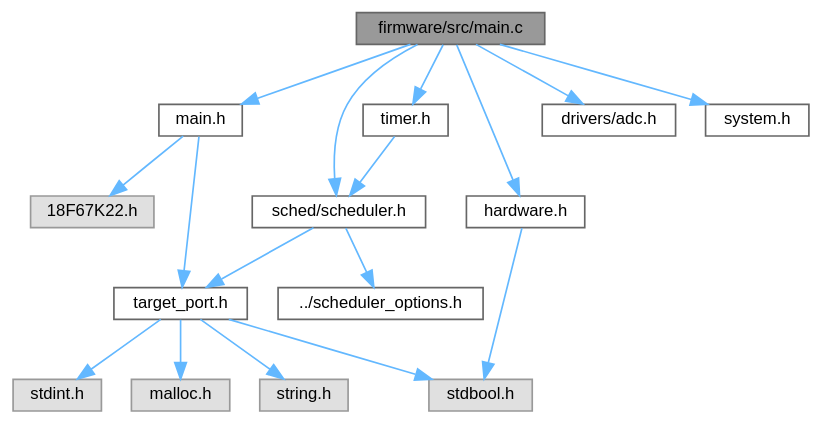
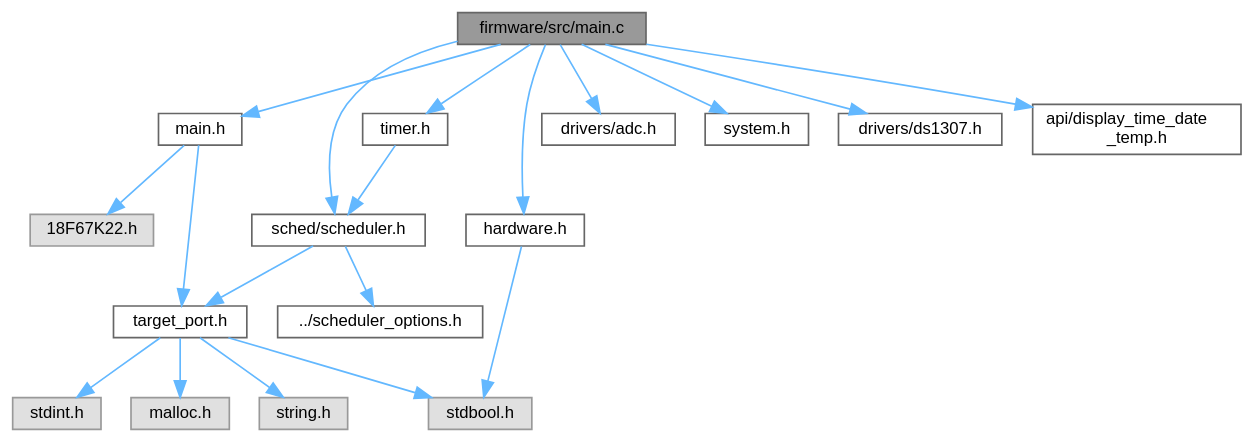
One commit to Ghaadyy/elevator-controller changed the diagram in main_8c__incl.dot. Above: the diagram before and after it, drawn with Graphviz. The commit also changed 437 other files, not shown here.

```diff
--- a/main_8c__incl.dot
+++ b/main_8c__incl.dot
@@ -1,37 +1,41 @@
 digraph "firmware/src/main.c"
 {
  // LATEX_PDF_SIZE
   bgcolor="transparent";
   edge [fontname=Helvetica,fontsize=10,labelfontname=Helvetica,labelfontsize=10];
   node [fontname=Helvetica,fontsize=10,shape=box,height=0.2,width=0.4];
   Node1 [id="Node000001",label="firmware/src/main.c",height=0.2,width=0.4,color="gray40", fillcolor="grey60", style="filled", fontcolor="black",tooltip=" "];
   Node1 -> Node2 [id="edge1_Node000001_Node000002",color="steelblue1",style="solid",tooltip=" "];
   Node2 [id="Node000002",label="main.h",height=0.2,width=0.4,color="grey40", fillcolor="white", style="filled",URL="$main_8h.html",tooltip=" "];
   Node2 -> Node3 [id="edge2_Node000002_Node000003",color="steelblue1",style="solid",tooltip=" "];
   Node3 [id="Node000003",label="18F67K22.h",height=0.2,width=0.4,color="grey60", fillcolor="#E0E0E0", style="filled",tooltip=" "];
   Node2 -> Node4 [id="edge3_Node000002_Node000004",color="steelblue1",style="solid",tooltip=" "];
   Node4 [id="Node000004",label="target_port.h",height=0.2,width=0.4,color="grey40", fillcolor="white", style="filled",URL="$target__port_8h.html",tooltip=" "];
   Node4 -> Node5 [id="edge4_Node000004_Node000005",color="steelblue1",style="solid",tooltip=" "];
   Node5 [id="Node000005",label="stdbool.h",height=0.2,width=0.4,color="grey60", fillcolor="#E0E0E0", style="filled",tooltip=" "];
   Node4 -> Node6 [id="edge5_Node000004_Node000006",color="steelblue1",style="solid",tooltip=" "];
   Node6 [id="Node000006",label="stdint.h",height=0.2,width=0.4,color="grey60", fillcolor="#E0E0E0", style="filled",tooltip=" "];
   Node4 -> Node7 [id="edge6_Node000004_Node000007",color="steelblue1",style="solid",tooltip=" "];
   Node7 [id="Node000007",label="malloc.h",height=0.2,width=0.4,color="grey60", fillcolor="#E0E0E0", style="filled",tooltip=" "];
   Node4 -> Node8 [id="edge7_Node000004_Node000008",color="steelblue1",style="solid",tooltip=" "];
   Node8 [id="Node000008",label="string.h",height=0.2,width=0.4,color="grey60", fillcolor="#E0E0E0", style="filled",tooltip=" "];
   Node1 -> Node9 [id="edge8_Node000001_Node000009",color="steelblue1",style="solid",tooltip=" "];
   Node9 [id="Node000009",label="drivers/adc.h",height=0.2,width=0.4,color="grey40", fillcolor="white", style="filled",URL="$adc_8h.html",tooltip=" "];
   Node1 -> Node10 [id="edge9_Node000001_Node000010",color="steelblue1",style="solid",tooltip=" "];
   Node10 [id="Node000010",label="hardware.h",height=0.2,width=0.4,color="grey40", fillcolor="white", style="filled",URL="$hardware_8h.html",tooltip=" "];
   Node10 -> Node5 [id="edge10_Node000010_Node000005",color="steelblue1",style="solid",tooltip=" "];
   Node1 -> Node11 [id="edge11_Node000001_Node000011",color="steelblue1",style="solid",tooltip=" "];
   Node11 [id="Node000011",label="sched/scheduler.h",height=0.2,width=0.4,color="grey40", fillcolor="white", style="filled",URL="$scheduler_8h.html",tooltip=" "];
   Node11 -> Node12 [id="edge12_Node000011_Node000012",color="steelblue1",style="solid",tooltip=" "];
   Node12 [id="Node000012",label="../scheduler_options.h",height=0.2,width=0.4,color="grey40", fillcolor="white", style="filled",URL="$scheduler__options_8h.html",tooltip=" "];
   Node11 -> Node4 [id="edge13_Node000011_Node000004",color="steelblue1",style="solid",tooltip=" "];
   Node1 -> Node13 [id="edge14_Node000001_Node000013",color="steelblue1",style="solid",tooltip=" "];
   Node13 [id="Node000013",label="system.h",height=0.2,width=0.4,color="grey40", fillcolor="white", style="filled",URL="$system_8h.html",tooltip=" "];
   Node1 -> Node14 [id="edge15_Node000001_Node000014",color="steelblue1",style="solid",tooltip=" "];
   Node14 [id="Node000014",label="timer.h",height=0.2,width=0.4,color="grey40", fillcolor="white", style="filled",URL="$timer_8h.html",tooltip=" "];
   Node14 -> Node11 [id="edge16_Node000014_Node000011",color="steelblue1",style="solid",tooltip=" "];
+  Node1 -> Node15 [id="edge17_Node000001_Node000015",color="steelblue1",style="solid",tooltip=" "];
+  Node15 [id="Node000015",label="drivers/ds1307.h",height=0.2,width=0.4,color="grey40", fillcolor="white", style="filled",URL="$ds1307_8h.html",tooltip=" "];
+  Node1 -> Node16 [id="edge18_Node000001_Node000016",color="steelblue1",style="solid",tooltip=" "];
+  Node16 [id="Node000016",label="api/display_time_date\l_temp.h",height=0.2,width=0.4,color="grey40", fillcolor="white", style="filled",URL="$display__time__date__temp_8h.html",tooltip=" "];
 }
```
